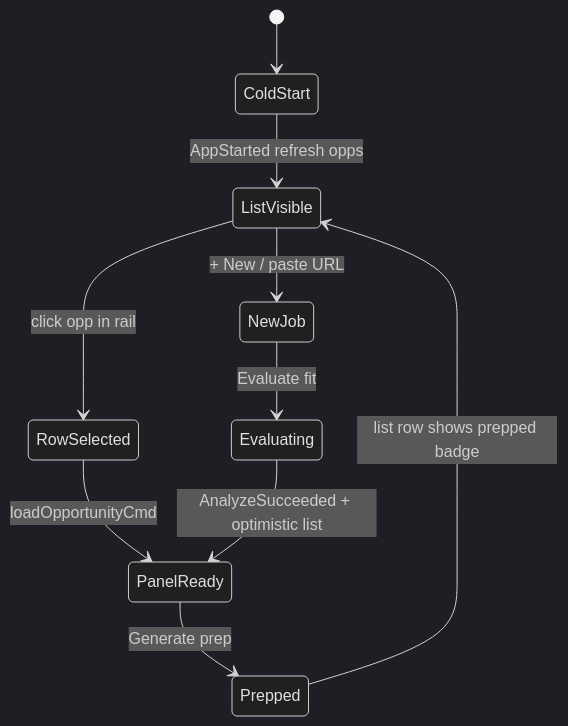
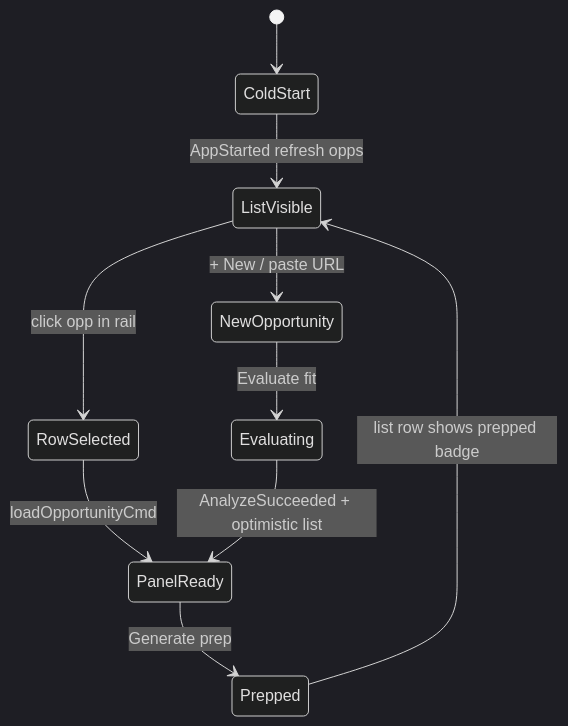
The eighth of 13 diagrams in reports/single-pr-intuitive-product.md (p10ns11y/collab-finder), drawn with Mermaid (dark theme) before and after one commit. The commit also changed other lines of this file and 31 other files, not shown here.

First line of the commit message:
chore: deepest clean of legacy terminology (Job/JobTarget -> Opportunity/Target, Hunt -> Xplore)

````diff
--- a/reports/single-pr-intuitive-product.md
+++ b/reports/single-pr-intuitive-product.md
@@ -294,12 +294,12 @@
 ```mermaid
 stateDiagram-v2
   [*] --> ColdStart
   ColdStart --> ListVisible: AppStarted refresh opps
   ListVisible --> RowSelected: click opp in rail
   RowSelected --> PanelReady: loadOpportunityCmd
-  ListVisible --> NewJob: + New / paste URL
-  NewJob --> Evaluating: Evaluate fit
+  ListVisible --> NewOpportunity: + New / paste URL
+  NewOpportunity --> Evaluating: Evaluate fit
   Evaluating --> PanelReady: AnalyzeSucceeded + optimistic list
   PanelReady --> Prepped: Generate prep
   Prepped --> ListVisible: list row shows prepped badge
 ```
````
